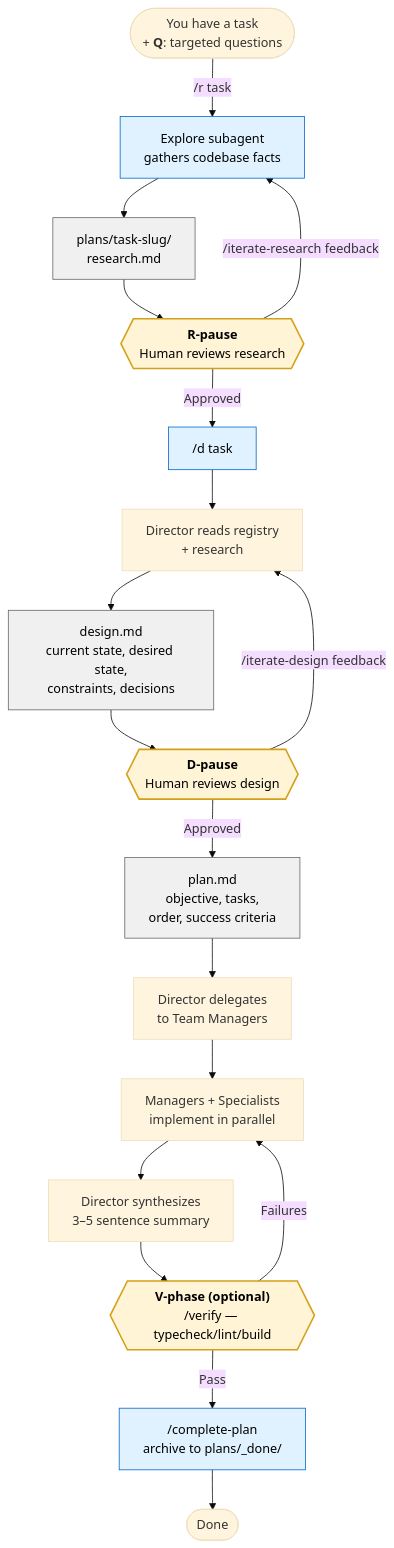
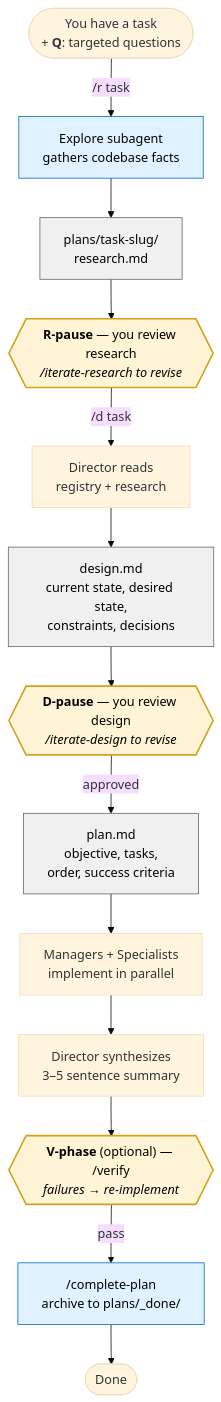
Before and after one commit to loschenbd/claude-agent-boilerplate: the second of 3 diagrams in README.md, drawn with Mermaid (base theme). The commit also changed other lines of this file, not shown here.

Commit message:
docs: linearize QRSPI workflow diagram
The previous diagram had three back-arrows (iterate-research,
iterate-design, verify failures) that forced mermaid's auto-layout
into a tangle of cross-cutting edges.

Fix: remove the back-arrows; move the iteration/failure semantics
into italic hints inside the gate nodes themselves. Same information,
strict top-to-bottom flow, no crossings. Also drops the standalone
"Director delegates to Team Managers" node since "Implement" already
captures it, and the "/d task" node since it's just a transition
label.

````diff
--- a/README.md
+++ b/README.md
@@ -91,29 +91,24 @@
 ```mermaid
 flowchart TD
     Start([You have a task<br/>+ <b>Q</b>: targeted questions])
     Start -->|"/r task"| Explore[Explore subagent<br/>gathers codebase facts]
     Explore --> RDoc[plans/task-slug/<br/>research.md]
-    RDoc --> RGate{{"<b>R-pause</b><br/>Human reviews research"}}
-    RGate -->|"/iterate-research feedback"| Explore
-    RGate -->|Approved| DCmd["/d task"]
-    DCmd --> Director1[Director reads registry<br/>+ research]
+    RDoc --> RGate{{"<b>R-pause</b> — you review research<br/><i>/iterate-research to revise</i>"}}
+    RGate -->|"/d task"| Director1[Director reads<br/>registry + research]
     Director1 --> Design[design.md<br/>current state, desired state,<br/>constraints, decisions]
-    Design --> DGate{{"<b>D-pause</b><br/>Human reviews design"}}
-    DGate -->|"/iterate-design feedback"| Director1
-    DGate -->|Approved| Plan[plan.md<br/>objective, tasks,<br/>order, success criteria]
-    Plan --> Delegate[Director delegates<br/>to Team Managers]
-    Delegate --> Implement[Managers + Specialists<br/>implement in parallel]
+    Design --> DGate{{"<b>D-pause</b> — you review design<br/><i>/iterate-design to revise</i>"}}
+    DGate -->|approved| Plan[plan.md<br/>objective, tasks,<br/>order, success criteria]
+    Plan --> Implement[Managers + Specialists<br/>implement in parallel]
     Implement --> Synth[Director synthesizes<br/>3–5 sentence summary]
-    Synth --> Verify{{"<b>V-phase (optional)</b><br/>/verify — typecheck/lint/build"}}
-    Verify -->|Failures| Implement
-    Verify -->|Pass| Complete["/complete-plan<br/>archive to plans/_done/"]
+    Synth --> Verify{{"<b>V-phase</b> (optional) — /verify<br/><i>failures → re-implement</i>"}}
+    Verify -->|pass| Complete["/complete-plan<br/>archive to plans/_done/"]
     Complete --> End([Done])
 
     classDef gate fill:#fff4d6,stroke:#d4a017,color:#000,stroke-width:2px
     classDef artifact fill:#f0f0f0,stroke:#666,color:#000
     classDef cmd fill:#e0f2ff,stroke:#0066cc,color:#000
 
     class RGate,DGate,Verify gate
     class RDoc,Design,Plan artifact
-    class Explore,DCmd,Complete cmd
+    class Explore,Complete cmd
 ```
````
